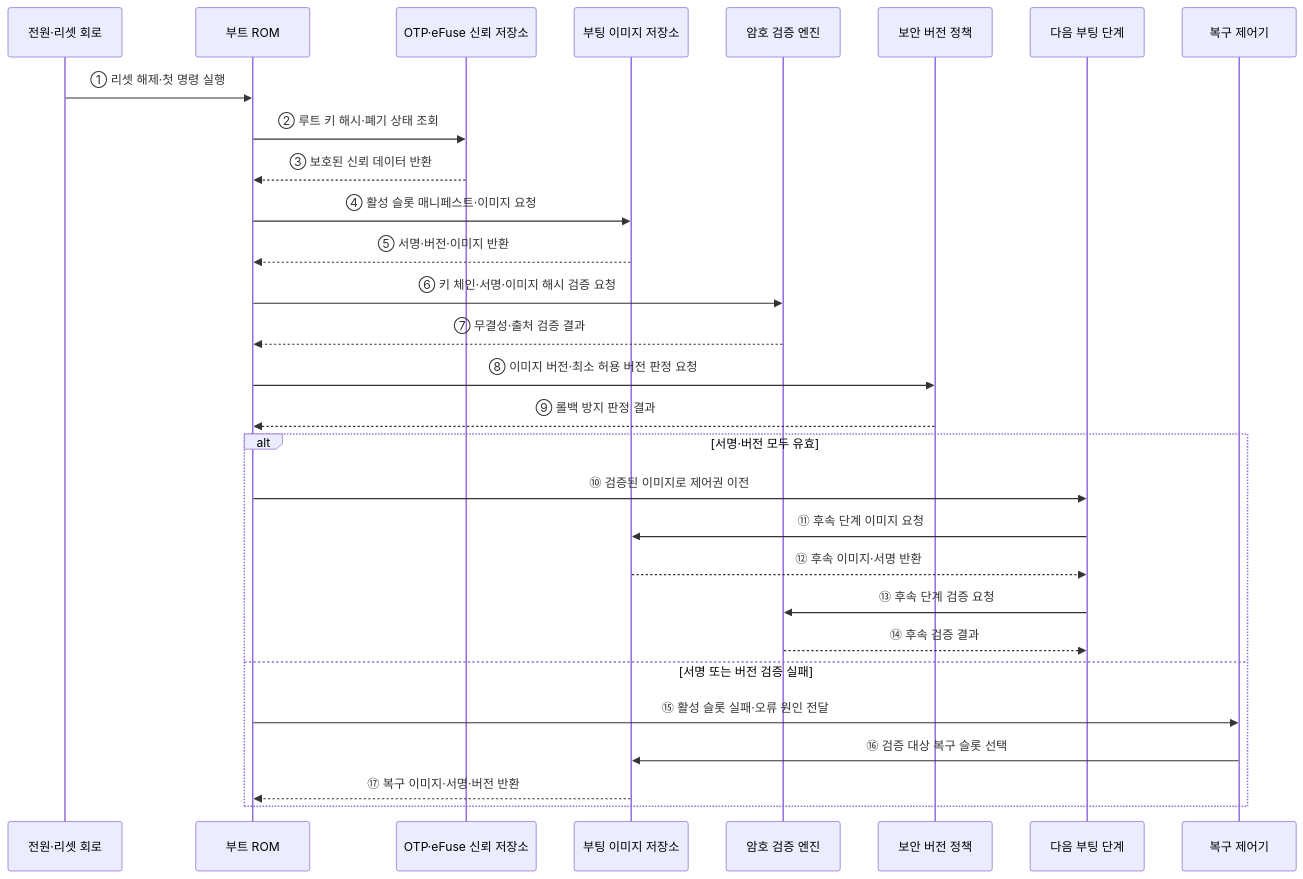
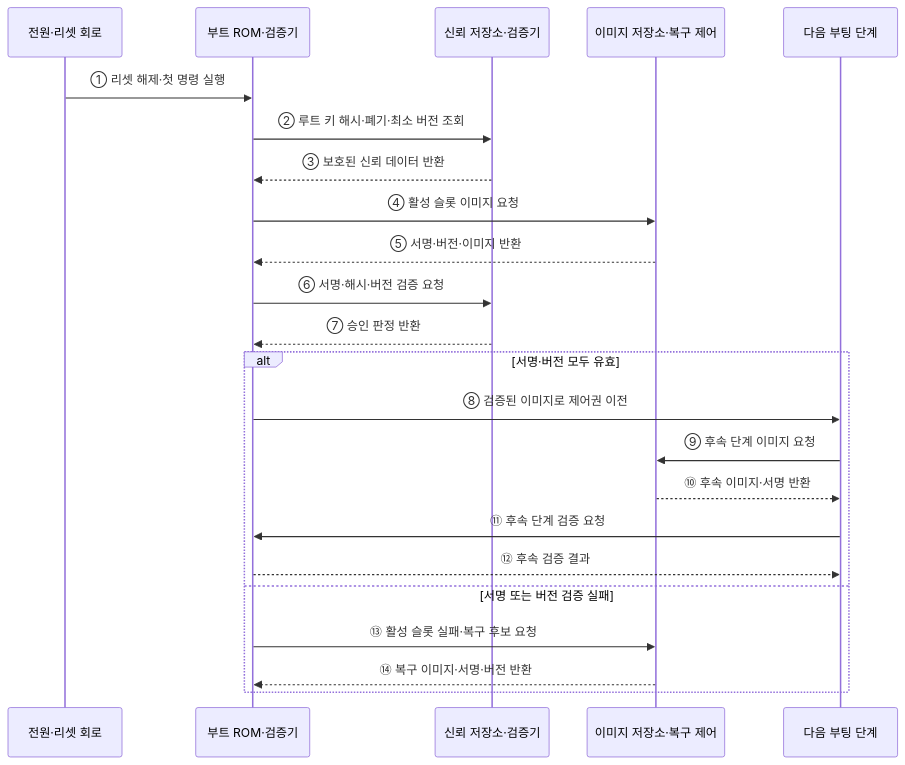
One commit to agnusdei1207/knowledge-base changed the second of 2 diagrams in src/content/docs/notes/02-hardware/068_secure_boot.md. Above: the diagram before and after it, drawn with Mermaid. The commit also changed other lines of this file and 20 other files, not shown here.

````diff
--- a/src/content/docs/notes/02-hardware/068_secure_boot.md
+++ b/src/content/docs/notes/02-hardware/068_secure_boot.md
@@ -96,32 +81,26 @@
 ```mermaid
 sequenceDiagram
     participant P as 전원·리셋 회로
-    participant R as 부트 ROM
-    participant T as OTP·eFuse 신뢰 저장소
-    participant S as 부팅 이미지 저장소
-    participant C as 암호 검증 엔진
-    participant V as 보안 버전 정책
+    participant B as 부트 ROM·검증기
+    participant T as 신뢰 저장소·검증기
+    participant S as 이미지 저장소·복구 제어
     participant N as 다음 부팅 단계
-    participant F as 복구 제어기
 
-    P->>R: ① 리셋 해제·첫 명령 실행
-    R->>T: ② 루트 키 해시·폐기 상태 조회
-    T-->>R: ③ 보호된 신뢰 데이터 반환
-    R->>S: ④ 활성 슬롯 매니페스트·이미지 요청
-    S-->>R: ⑤ 서명·버전·이미지 반환
-    R->>C: ⑥ 키 체인·서명·이미지 해시 검증 요청
-    C-->>R: ⑦ 무결성·출처 검증 결과
-    R->>V: ⑧ 이미지 버전·최소 허용 버전 판정 요청
-    V-->>R: ⑨ 롤백 방지 판정 결과
+    P->>B: ① 리셋 해제·첫 명령 실행
+    B->>T: ② 루트 키 해시·폐기·최소 버전 조회
+    T-->>B: ③ 보호된 신뢰 데이터 반환
+    B->>S: ④ 활성 슬롯 이미지 요청
+    S-->>B: ⑤ 서명·버전·이미지 반환
+    B->>T: ⑥ 서명·해시·버전 검증 요청
+    T-->>B: ⑦ 승인 판정 반환
     alt 서명·버전 모두 유효
-        R->>N: ⑩ 검증된 이미지로 제어권 이전
-        N->>S: ⑪ 후속 단계 이미지 요청
-        S-->>N: ⑫ 후속 이미지·서명 반환
-        N->>C: ⑬ 후속 단계 검증 요청
-        C-->>N: ⑭ 후속 검증 결과
+        B->>N: ⑧ 검증된 이미지로 제어권 이전
+        N->>S: ⑨ 후속 단계 이미지 요청
+        S-->>N: ⑩ 후속 이미지·서명 반환
+        N->>B: ⑪ 후속 단계 검증 요청
+        B-->>N: ⑫ 후속 검증 결과
     else 서명 또는 버전 검증 실패
-        R->>F: ⑮ 활성 슬롯 실패·오류 원인 전달
-        F->>S: ⑯ 검증 대상 복구 슬롯 선택
-        S-->>R: ⑰ 복구 이미지·서명·버전 반환
+        B->>S: ⑬ 활성 슬롯 실패·복구 후보 요청
+        S-->>B: ⑭ 복구 이미지·서명·버전 반환
     end
 ```
````
